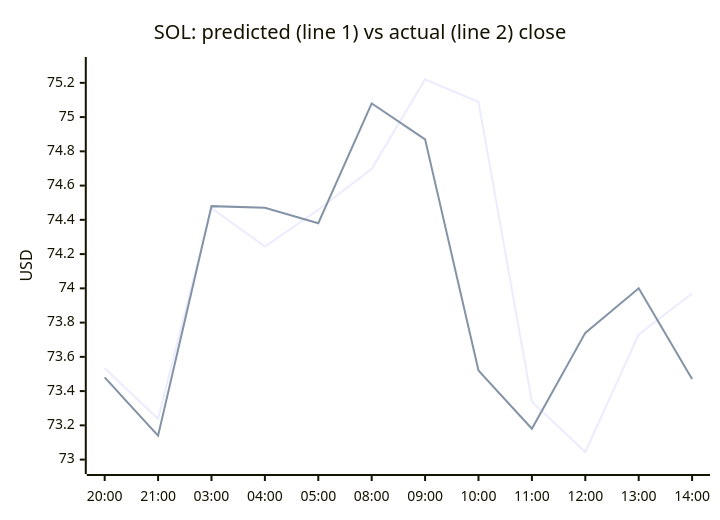
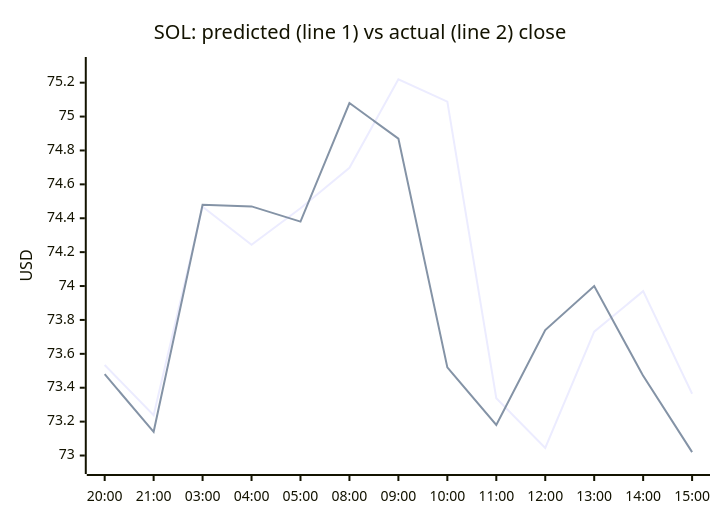
Before and after one commit to samuelkreitl-wq/crypto-hourly-forecaster: the third of 4 diagrams in README.md, drawn with Mermaid. The commit also changed other lines of this file and 14 other files, not shown here.

````diff
--- a/README.md
+++ b/README.md
@@ -56,8 +56,8 @@
 ```mermaid
 xychart-beta
     title "SOL: predicted (line 1) vs actual (line 2) close"
-    x-axis ["20:00", "21:00", "03:00", "04:00", "05:00", "08:00", "09:00", "10:00", "11:00", "12:00", "13:00", "14:00"]
-    y-axis "USD" 72.9714 --> 75.2954
-    line [73.5341, 73.2381, 74.4685, 74.2437, 74.4589, 74.6981, 75.2202, 75.0883, 73.3377, 73.0445, 73.7306, 73.9697]
-    line [73.4800, 73.1400, 74.4800, 74.4700, 74.3800, 75.0800, 74.8700, 73.5200, 73.1800, 73.7400, 74.0000, 73.4700]
+    x-axis ["20:00", "21:00", "03:00", "04:00", "05:00", "08:00", "09:00", "10:00", "11:00", "12:00", "13:00", "14:00", "15:00"]
+    y-axis "USD" 72.9470 --> 75.2954
+    line [73.5341, 73.2381, 74.4685, 74.2437, 74.4589, 74.6981, 75.2202, 75.0883, 73.3377, 73.0445, 73.7306, 73.9697, 73.3643]
+    line [73.4800, 73.1400, 74.4800, 74.4700, 74.3800, 75.0800, 74.8700, 73.5200, 73.1800, 73.7400, 74.0000, 73.4700, 73.0200]
 ```
````
